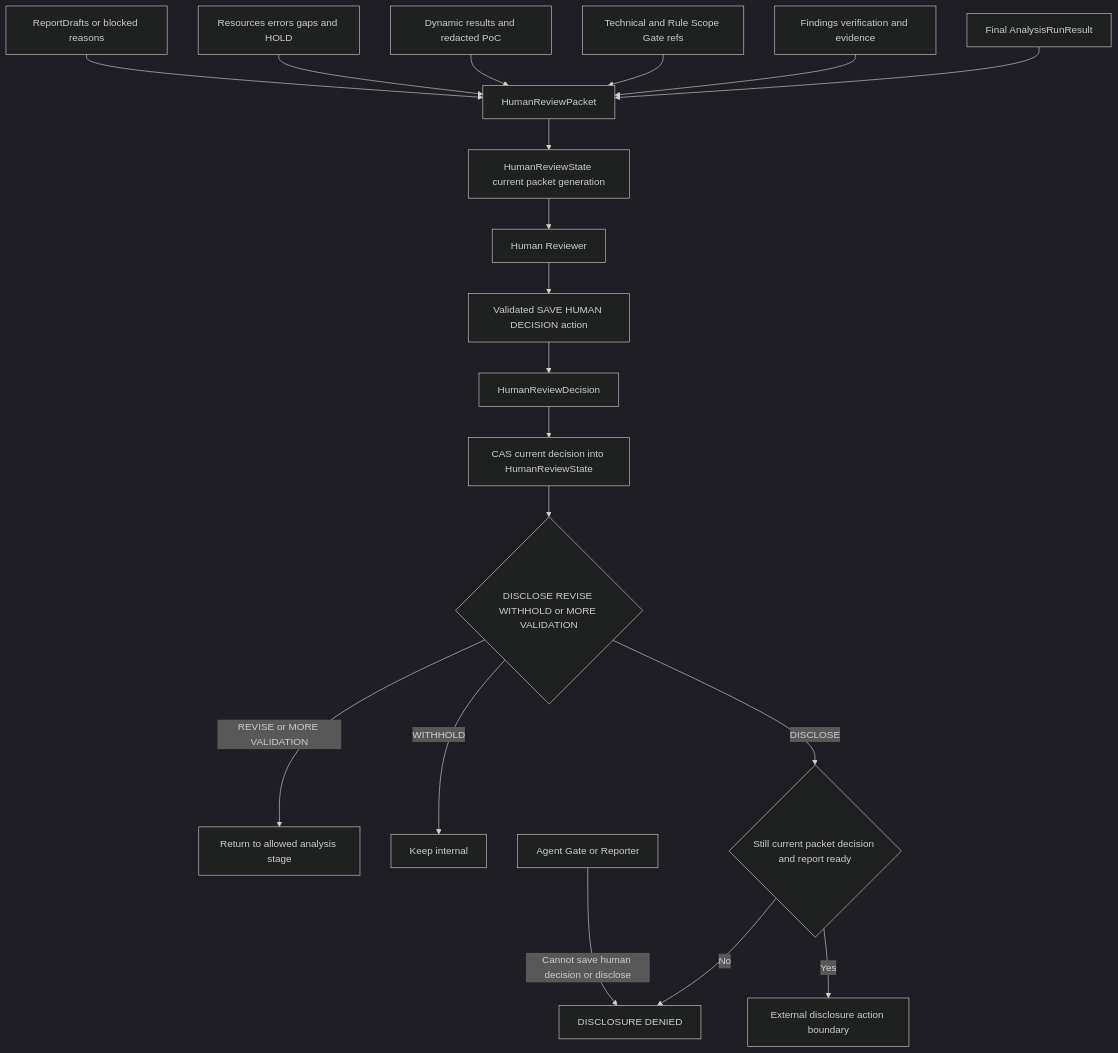
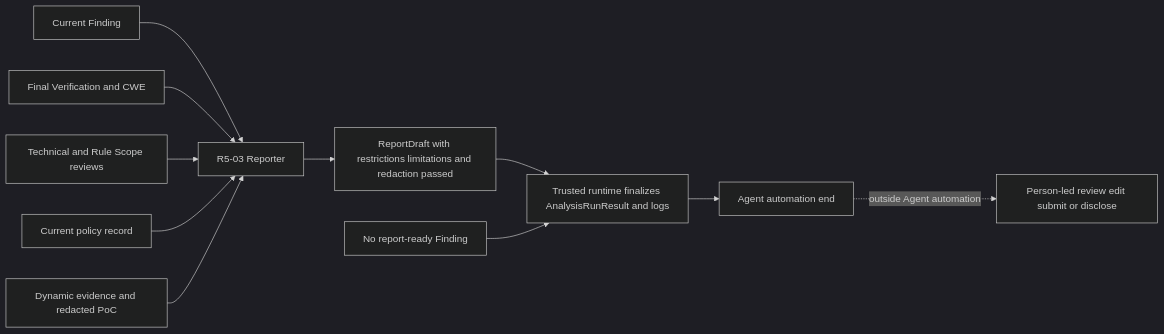
Before and after one commit to SASTsimi/sastsimi: diagram 13 of 13 in docs/architecture-v5/13-architecture-diagrams.md, drawn with Mermaid (dark theme). The commit also changed other lines of this file and 28 other files, not shown here.

Commit message:
docs: remove R5-04 human review automation

````diff
--- a/docs/architecture-v5/13-architecture-diagrams.md
+++ b/docs/architecture-v5/13-architecture-diagrams.md
@@ -399,21 +399,13 @@
 ```mermaid
-flowchart TB
-    RUN[Final AnalysisRunResult] --> PACKET[HumanReviewPacket]
-    FIND[Findings verification and evidence] --> PACKET
-    GATES[Technical and Rule Scope Gate refs] --> PACKET
-    DYNAMIC[Dynamic results and redacted PoC] --> PACKET
-    RESOURCE[Resources errors gaps and HOLD] --> PACKET
-    REPORT[ReportDrafts or blocked reasons] --> PACKET
-    PACKET --> CURRENT[HumanReviewState current packet generation]
-    CURRENT --> HUMAN[Human Reviewer]
-    HUMAN --> SAVE[Validated SAVE HUMAN DECISION action]
-    SAVE --> DECISION[HumanReviewDecision]
-    DECISION --> STATE[CAS current decision into HumanReviewState]
-    STATE --> KIND{DISCLOSE REVISE WITHHOLD or MORE VALIDATION}
-    KIND -->|REVISE or MORE VALIDATION| RETURN[Return to allowed analysis stage]
-    KIND -->|WITHHOLD| STOP[Keep internal]
-    KIND -->|DISCLOSE| DISCLOSE{Still current packet decision and report ready}
-    DISCLOSE -->|No| BLOCK[DISCLOSURE DENIED]
-    DISCLOSE -->|Yes| BOUNDARY[External disclosure action boundary]
-    AGENT[Agent Gate or Reporter] -->|Cannot save human decision or disclose| BLOCK
+flowchart LR
+    FIND[Current Finding] --> REPORTER[R5-03 Reporter]
+    VERIFY[Final Verification and CWE] --> REPORTER
+    GATES[Technical and Rule Scope reviews] --> REPORTER
+    POLICY[Current policy record] --> REPORTER
+    DYNAMIC[Dynamic evidence and redacted PoC] --> REPORTER
+    REPORTER --> DRAFT[ReportDraft with restrictions limitations and redaction passed]
+    DRAFT --> FINAL[Trusted runtime finalizes AnalysisRunResult and logs]
+    BLOCKED[No report-ready Finding] --> FINAL
+    FINAL --> END[Agent automation end]
+    END -. outside Agent automation .-> HUMAN[Person-led review edit submit or disclose]
 ```
````
